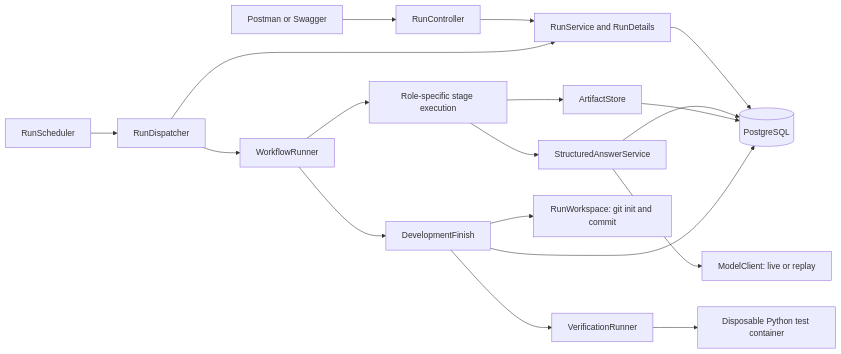
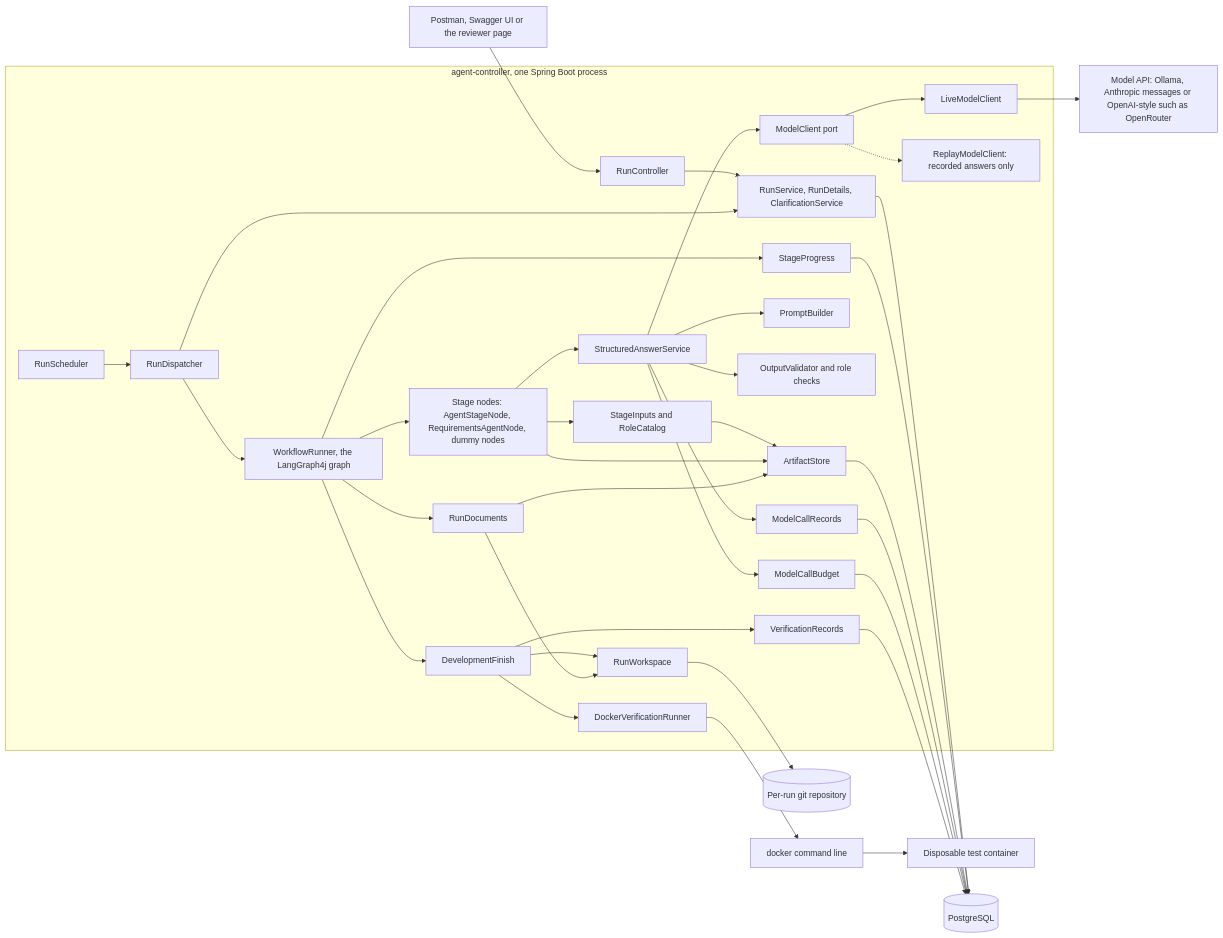
One commit to bereket1144/ai-sdlc-url-shortner changed the first of 4 diagrams in docs/platform/architecture.md. Above: the diagram before and after it, drawn with Mermaid. The commit also changed other lines of this file and 12 other files, not shown here.

Commit message:
docs: add decision records 0004 to 0009, refresh the architecture overview, record the QA and review findings and correct stale text (steps 109, 110) [main agent]

````diff
--- a/docs/platform/architecture.md
+++ b/docs/platform/architecture.md
@@ -7,20 +11,42 @@
 ```mermaid
 flowchart LR
-    User[Postman or Swagger] --> API[RunController]
-    API --> Service[RunService and RunDetails]
-    Service --> DB[(PostgreSQL)]
-    Poller[RunScheduler] --> Dispatcher[RunDispatcher]
-    Dispatcher --> Service
-    Dispatcher --> Graph[WorkflowRunner]
-    Graph --> Nodes[Role-specific stage execution]
-    Nodes --> Answers[StructuredAnswerService]
-    Answers --> Model[ModelClient: live or replay]
-    Answers --> DB
-    Nodes --> Store[ArtifactStore]
-    Store --> DB
-    Graph --> Finish[DevelopmentFinish]
-    Finish --> Workspace[RunWorkspace: git init and commit]
-    Finish --> Verify[VerificationRunner]
-    Verify --> Container[Disposable Python test container]
-    Finish --> DB
+    Client["Postman, Swagger UI or the reviewer page"] --> API["RunController"]
+
+    subgraph Controller["agent-controller, one Spring Boot process"]
+        API --> RunSvc["RunService, RunDetails, ClarificationService"]
+        Poller["RunScheduler"] --> Dispatcher["RunDispatcher"]
+        Dispatcher --> RunSvc
+        Dispatcher --> WF["WorkflowRunner, the LangGraph4j graph"]
+        WF --> Nodes["Stage nodes: AgentStageNode, RequirementsAgentNode, dummy nodes"]
+        WF --> Progress["StageProgress"]
+        Nodes --> Inputs["StageInputs and RoleCatalog"]
+        Inputs --> Artifacts["ArtifactStore"]
+        Nodes --> Answers["StructuredAnswerService"]
+        Nodes --> Artifacts
+        Answers --> Prompts["PromptBuilder"]
+        Answers --> Validator["OutputValidator and role checks"]
+        Answers --> Budget["ModelCallBudget"]
+        Answers --> Calls["ModelCallRecords"]
+        Answers --> Port["ModelClient port"]
+        Port --> Live["LiveModelClient"]
+        Port -.-> Replay["ReplayModelClient: recorded answers only"]
+        WF --> Finish["DevelopmentFinish"]
+        Finish --> Workspace["RunWorkspace"]
+        Finish --> Verifier["DockerVerificationRunner"]
+        Finish --> Records["VerificationRecords"]
+        WF --> Docs["RunDocuments"]
+        Docs --> Artifacts
+        Docs --> Workspace
+    end
+
+    Live --> Models["Model API: Ollama, Anthropic messages or OpenAI-style such as OpenRouter"]
+    Workspace --> Repo[("Per-run git repository")]
+    Verifier --> Cli["docker command line"]
+    Cli --> Box["Disposable test container"]
+    RunSvc --> DB[("PostgreSQL")]
+    Progress --> DB
+    Artifacts --> DB
+    Calls --> DB
+    Budget --> DB
+    Records --> DB
 ```
````
